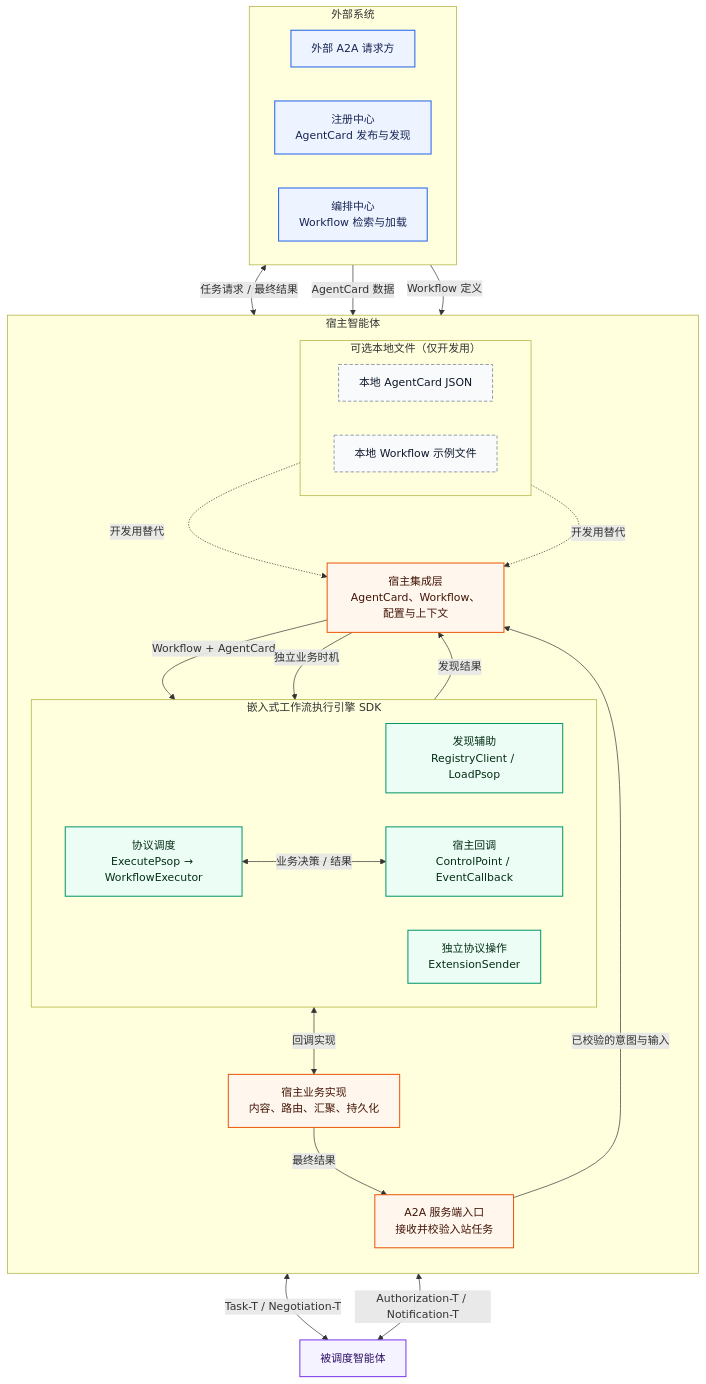
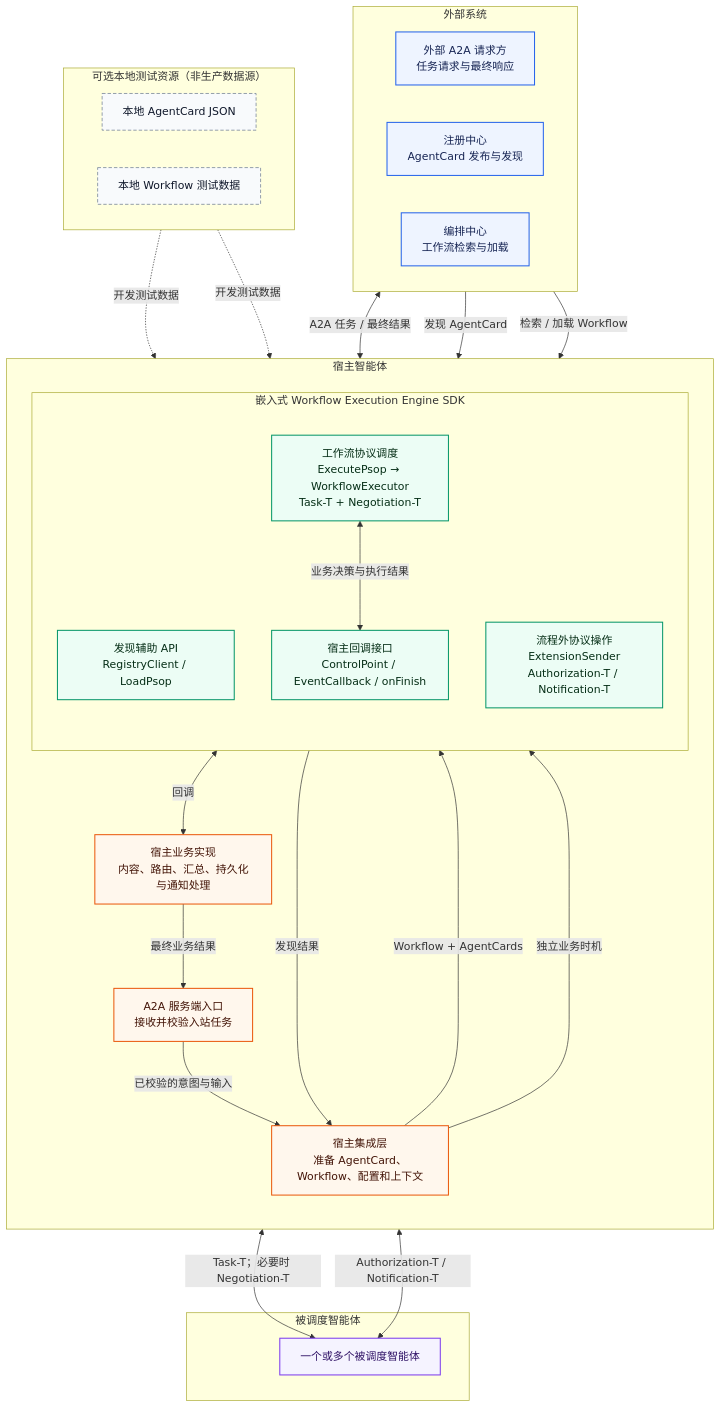
Before and after one commit to Zhoujie628/workflow-engine-sdk-java: the first of 5 diagrams in docs/zh/DESIGN.md, drawn with Mermaid. The commit also changed other lines of this file and 1 other file, not shown here.

````diff
--- a/docs/zh/DESIGN.md
+++ b/docs/zh/DESIGN.md
@@ -23,54 +23,65 @@
 ```mermaid
+%%{
+  init: {
+    "flowchart": {
+      "curve": "basis",
+      "nodeSpacing": 55,
+      "rankSpacing": 75
+    }
+  }
+}%%
 flowchart TB
     classDef external fill: #EEF4FF, stroke: #2563EB, color: #172554, stroke-width: 1.5px
     classDef host fill: #FFF7ED, stroke: #EA580C, color: #431407, stroke-width: 1.5px
     classDef sdk fill: #ECFDF5, stroke: #059669, color: #052E16, stroke-width: 1.5px
     classDef local fill: #F8FAFC, stroke: #64748B, color: #0F172A, stroke-dasharray: 5 3
     classDef agent fill: #F5F3FF, stroke: #7C3AED, color: #2E1065, stroke-width: 1.5px
 
     subgraph CONTROL["外部系统"]
         direction LR
-        CALLER["外部 A2A 请求方"]:::external
+        CALLER["外部 A2A 请求方<br/>任务请求与最终响应"]:::external
         REG["注册中心<br/>AgentCard 发布与发现"]:::external
-        ORCH["编排中心<br/>Workflow 检索与加载"]:::external
+        ORCH["编排中心<br/>工作流检索与加载"]:::external
     end
 
     subgraph HOST["宿主智能体"]
         direction TB
         ENTRY["A2A 服务端入口<br/>接收并校验入站任务"]:::host
-        ADAPTER["宿主集成层<br/>AgentCard、Workflow、配置与上下文"]:::host
+        ADAPTER["宿主集成层<br/>准备 AgentCard、Workflow、配置和上下文"]:::host
 
-        subgraph ENGINE["嵌入式工作流执行引擎 SDK"]
-            direction LR
-            LOAD["发现辅助<br/>RegistryClient / LoadPsop"]:::sdk
-            RUN["协议调度<br/>ExecutePsop → WorkflowExecutor"]:::sdk
-            CALLBACK["宿主回调<br/>ControlPoint / EventCallback"]:::sdk
-            EXT["独立协议操作<br/>ExtensionSender"]:::sdk
+        subgraph ENGINE["嵌入式 Workflow Execution Engine SDK"]
+            direction TB
+            LOAD["发现辅助 API<br/>RegistryClient / LoadPsop"]:::sdk
+            RUN["工作流协议调度<br/>ExecutePsop → WorkflowExecutor<br/>Task-T + Negotiation-T"]:::sdk
+            CALLBACK["宿主回调接口<br/>ControlPoint / EventCallback / onFinish"]:::sdk
+            EXT["流程外协议操作<br/>ExtensionSender<br/>Authorization-T / Notification-T"]:::sdk
         end
 
-        BIZ["宿主业务实现<br/>内容、路由、汇聚、持久化"]:::host
-
-        subgraph SAMPLE["可选本地文件（仅开发用）"]
-            direction LR
-            LOCALCARD["本地 AgentCard JSON"]:::local
-            LOCALPSOP["本地 Workflow 示例文件"]:::local
-        end
+        BIZ["宿主业务实现<br/>内容、路由、汇总、持久化与通知处理"]:::host
     end
 
-    AGENTS["被调度智能体"]:::agent
+    subgraph SAMPLE["可选本地测试资源（非生产数据源）"]
+        direction LR
+        LOCALCARD["本地 AgentCard JSON"]:::local
+        LOCALPSOP["本地 Workflow 测试数据"]:::local
+    end
 
-    CALLER <-->|"任务请求 / 最终结果"| ENTRY
+    subgraph DOWNSTREAM["被调度智能体"]
+        AGENTS["一个或多个被调度智能体"]:::agent
+    end
+
+    CALLER <-->|"A2A 任务 / 最终结果"| ENTRY
     ENTRY -->|"已校验的意图与输入"| ADAPTER
-    REG -->|"AgentCard 数据"| LOAD
-    ORCH -->|"Workflow 定义"| LOAD
-    LOCALCARD -.->|"开发用替代"| ADAPTER
-    LOCALPSOP -.->|"开发用替代"| ADAPTER
+    REG -->|"发现 AgentCard"| LOAD
+    ORCH -->|"检索 / 加载 Workflow"| LOAD
+    LOCALCARD -.->|"开发测试数据"| ADAPTER
+    LOCALPSOP -.->|"开发测试数据"| ADAPTER
     LOAD -->|"发现结果"| ADAPTER
-    ADAPTER -->|"Workflow + AgentCard"| RUN
-    RUN <-->|"业务决策 / 结果"| CALLBACK
-    CALLBACK <-->|"回调实现"| BIZ
-    ADAPTER -->|"独立业务时机"| EXT
-    RUN <-->|"Task-T / Negotiation-T"| AGENTS
+    ADAPTER -->|" Workflow + AgentCards "| RUN
+    RUN <-->|" 业务决策与执行结果 "| CALLBACK
+    CALLBACK <-->|" 回调 "| BIZ
+    ADAPTER -->|" 独立业务时机 "| EXT
+    RUN <-->|"Task-T；必要时 Negotiation-T"| AGENTS
     EXT <-->|"Authorization-T / Notification-T"| AGENTS
-    BIZ -->|"最终结果"| ENTRY
+    BIZ -->|"最终业务结果"| ENTRY
 ```
````
